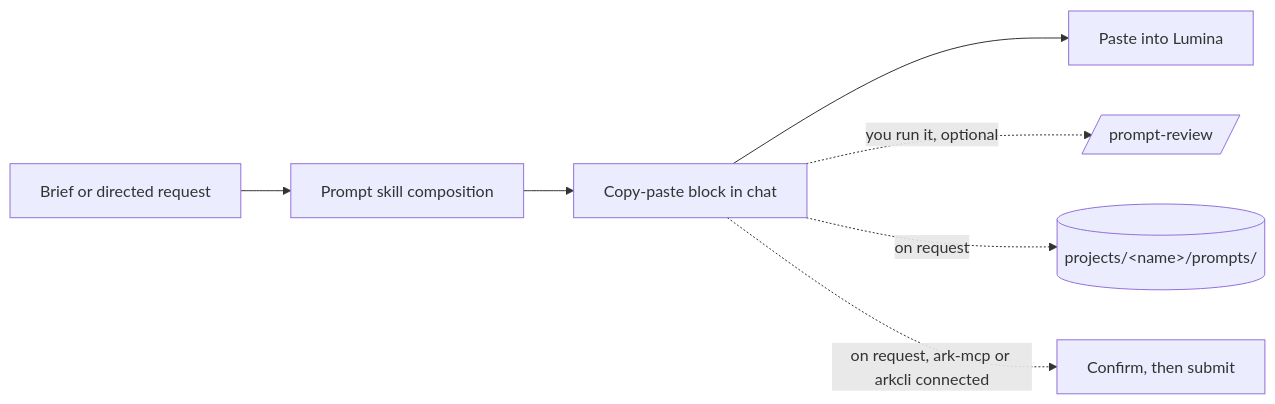
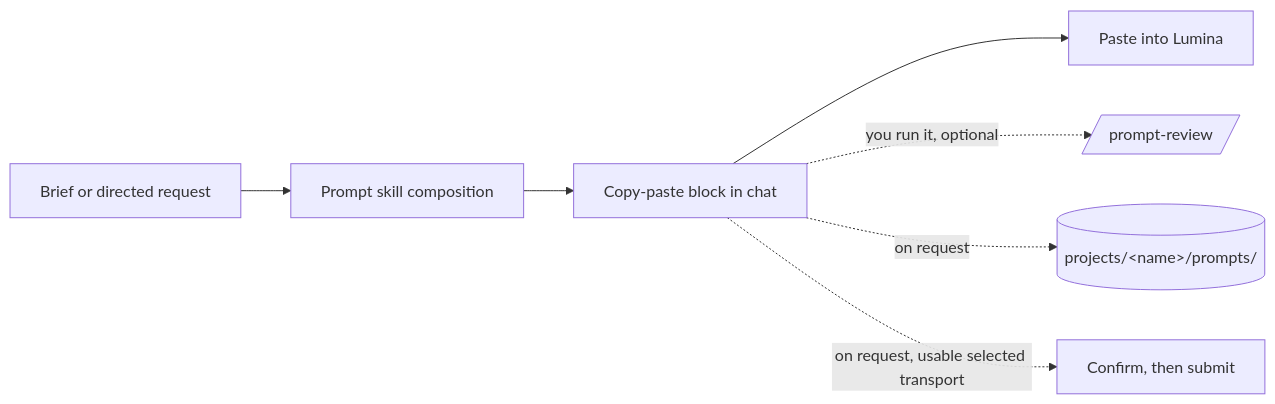
One commit to byteplus-sa/seed-studio changed the diagram in README.md. Above: the diagram before and after it, drawn with Mermaid. The commit also changed other lines of this file and 8 other files, not shown here.

````diff
--- a/README.md
+++ b/README.md
@@ -28,9 +30,9 @@
 ```mermaid
 flowchart LR
   A[Brief or directed request] --> B[Prompt skill composition]
   B --> D[Copy-paste block in chat]
   D --> E[Paste into Lumina]
   D -.->|you run it, optional| C[/prompt-review/]
   D -.->|on request| F[(projects/&lt;name&gt;/prompts/)]
-  D -.->|on request, ark-mcp or arkcli connected| G[Confirm, then submit]
+  D -.->|on request, usable selected transport| G[Confirm, then submit]
 ```
````
